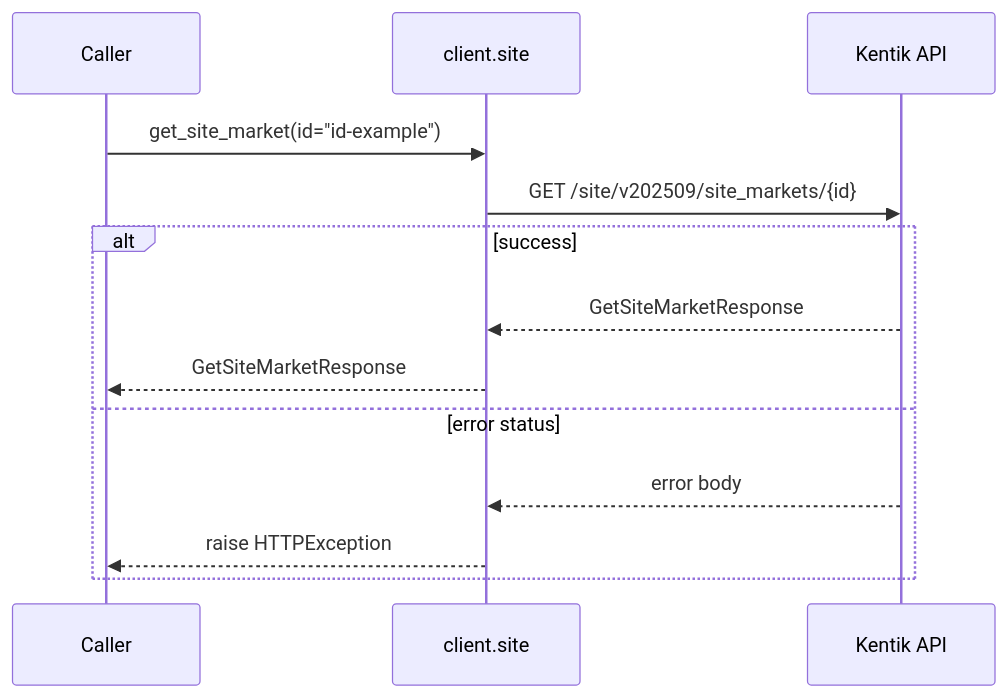
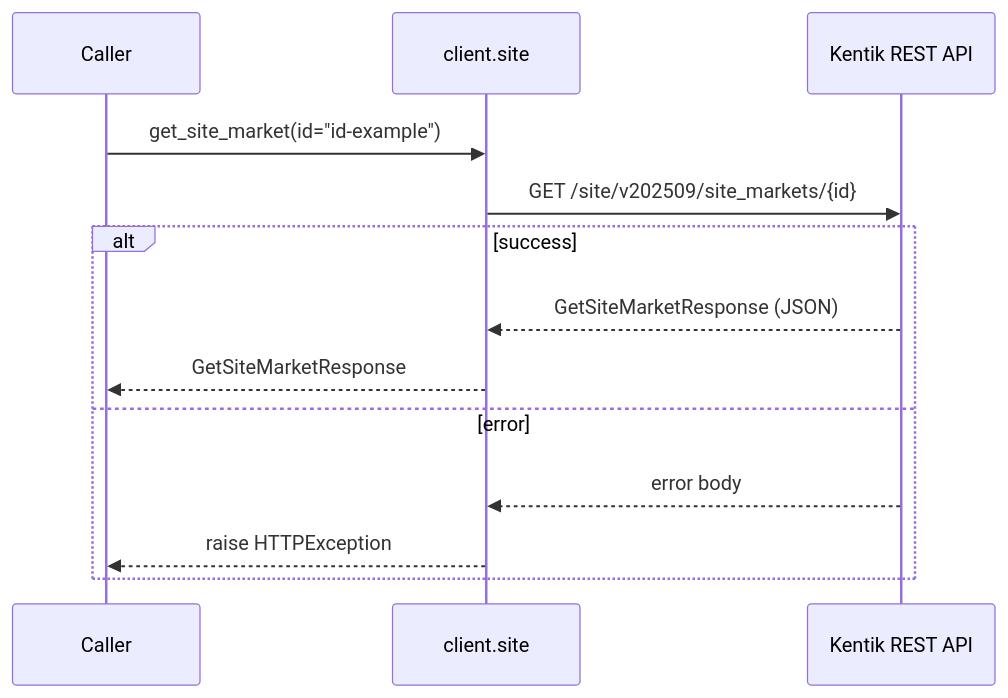
One commit to alexdearaujo/community_sdk_python changed the sixth of 22 diagrams in docs/sphinx/services/site.md. Above: the diagram before and after it, drawn with Mermaid. The commit also changed other lines of this file and 61 other files, not shown here.

````diff
--- a/docs/sphinx/services/site.md
+++ b/docs/sphinx/services/site.md
@@ -125,16 +177,16 @@
 ```mermaid
 sequenceDiagram
     participant C as Caller
     participant W as client.site
-    participant API as Kentik API
+    participant API as Kentik REST API
 
     C->>W: get_site_market(id="id-example")
     W->>API: GET /site/v202509/site_markets/{id}
     alt success
-        API-->>W: GetSiteMarketResponse
+        API-->>W: GetSiteMarketResponse (JSON)
         W-->>C: GetSiteMarketResponse
-    else error status
+    else error
         API-->>W: error body
         W-->>C: raise HTTPException
     end
 ```
````
